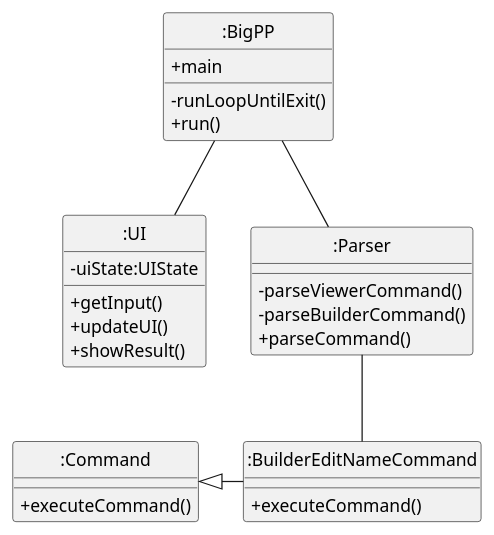
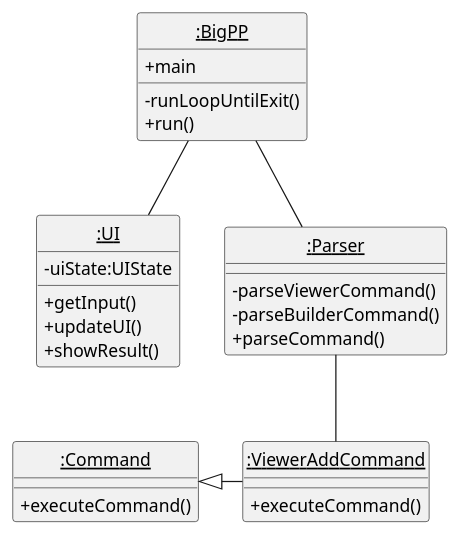
One commit to typingpanda/tp changed the diagram in docs/uml-source/BuilderNameObjectDiagram.puml. Above: the diagram before and after it, drawn with PlantUML. The commit also changed 6 other files, not shown here.

Commit message:
Fix correctness of diagrams in DG

```diff
--- a/docs/uml-source/BuilderNameObjectDiagram.puml
+++ b/docs/uml-source/BuilderNameObjectDiagram.puml
@@ -1,58 +1,57 @@
 @startuml
 skinparam classAttributeIconSize 0
 
-class ":BigPP" as BigPP
-class ":UI" as UI
-class ":Parser" as Parser
-class ":Command" as Command
-class ":BuilderEditNameCommand" as BuilderEditNameCommand
-' class ":ViewerAddCommand" as ViewerAddCommand
-
+class "<u>:BigPP</u>" as BigPP
+class "<u>:UI</u>" as UI
+class "<u>:Parser</u>" as Parser
+class "<u>:Command</u>" as Command
+' class "<u>:BuilderEditNameCommand</u>" as BuilderEditNameCommand
+class "<u>:ViewerAddCommand</u>" as ViewerAddCommand 
 
 class BigPP {
     +main
 
     -runLoopUntilExit()
     +run()
 }
 
 class UI {
     -uiState:UIState
 
     +getInput()
     +updateUI()
     +showResult()
 }
 
 class Parser {
 
     -parseViewerCommand()
     -parseBuilderCommand()
     +parseCommand()
 }
 
 class Command {
 
     +executeCommand()
 }
 
-class BuilderEditNameCommand {
+' class BuilderEditNameCommand {
+
+'     +executeCommand()
+' }
+
+class ViewerAddCommand {
 
     +executeCommand()
 }
 
-' class ViewerAddCommand {
-
-'     +executeCommand()
-' }
-
 BigPP -- UI
 BigPP -- Parser
-Parser -- BuilderEditNameCommand
-' Parser -- ViewerAddCommand
-Command <|-right- BuilderEditNameCommand
-' Command <|-right- ViewerAddCommand
+' Parser -- BuilderEditNameCommand
+Parser -- ViewerAddCommand
+' Command <|-right- BuilderEditNameCommand
+Command <|-right- ViewerAddCommand
 
 hide circle
 
 @enduml
```
